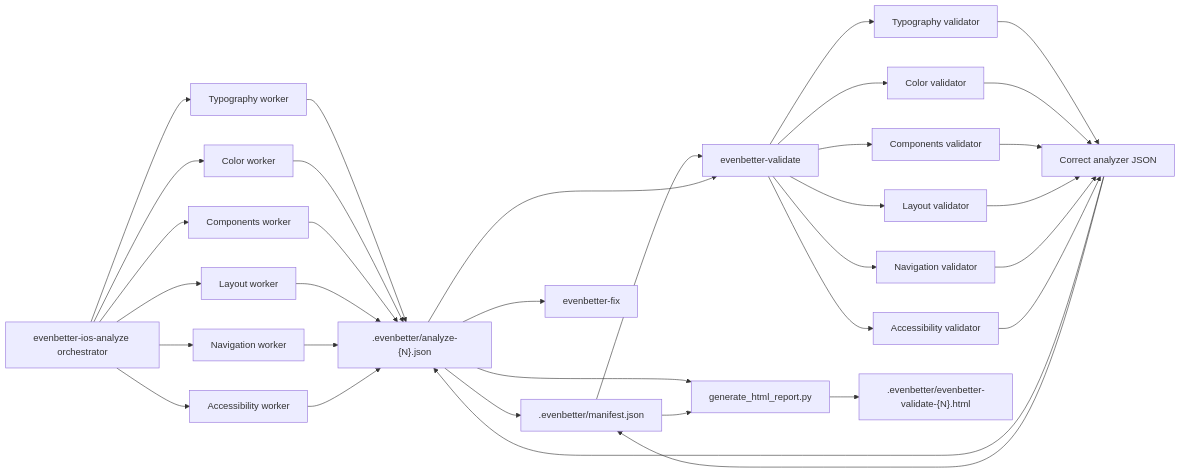
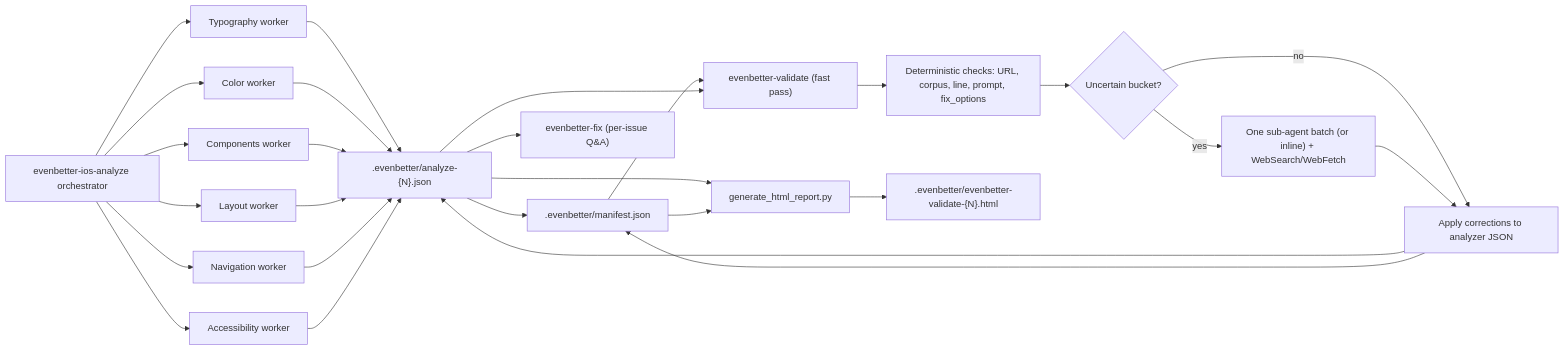
Before and after one commit to MelloBirkan/EvenBetterFramework: the diagram in plugins/evenbetter-ios/skills/evenbetter-validate/references/architecture.md, drawn with Mermaid. The commit also changed other lines of this file and 11 other files, not shown here.

````diff
--- a/plugins/evenbetter-ios/skills/evenbetter-validate/references/architecture.md
+++ b/plugins/evenbetter-ios/skills/evenbetter-validate/references/architecture.md
@@ -5,36 +5,29 @@
 ```mermaid
 flowchart LR
   A["evenbetter-ios-analyze orchestrator"] --> B["Typography worker"]
   A --> C["Color worker"]
   A --> D["Components worker"]
   A --> E["Layout worker"]
   A --> F["Navigation worker"]
   A --> G["Accessibility worker"]
   B --> H[".evenbetter/analyze-{N}.json"]
   C --> H
   D --> H
   E --> H
   F --> H
   G --> H
   H --> O[".evenbetter/manifest.json"]
-  O --> I["evenbetter-validate"]
+  O --> I["evenbetter-validate (fast pass)"]
   H --> I
-  I --> J["Typography validator"]
-  I --> K["Color validator"]
-  I --> L["Components validator"]
-  I --> R["Layout validator"]
-  I --> T["Navigation validator"]
-  I --> U["Accessibility validator"]
-  J --> M["Correct analyzer JSON"]
-  K --> M
-  L --> M
-  R --> M
-  T --> M
-  U --> M
+  I --> X["Deterministic checks: URL, corpus, line, prompt, fix_options"]
+  X --> Y{"Uncertain bucket?"}
+  Y -- "no" --> M["Apply corrections to analyzer JSON"]
+  Y -- "yes" --> Z["One sub-agent batch (or inline) + WebSearch/WebFetch"]
+  Z --> M
   M --> H
   M --> O
   H --> P["generate_html_report.py"]
   O --> P
   P --> Q[".evenbetter/evenbetter-validate-{N}.html"]
-  H --> S["evenbetter-fix"]
+  H --> S["evenbetter-fix (per-issue Q&A)"]
 ```
````
